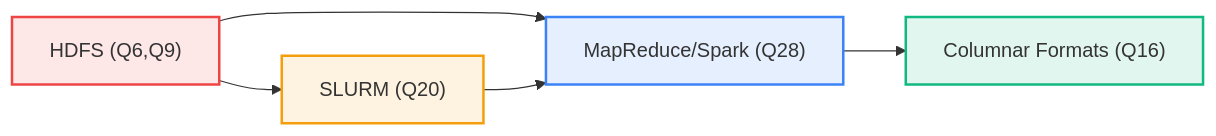
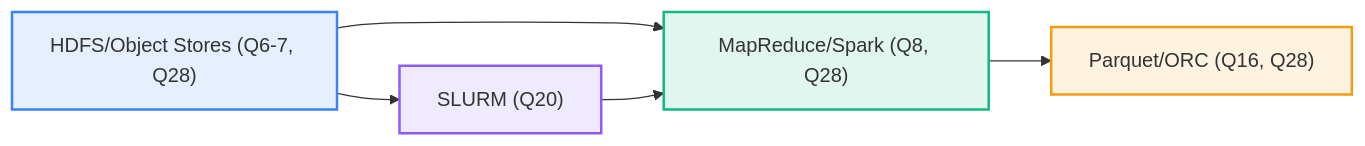
Before and after one commit to MadeInShineA/hei-course-summaries: the fifth of 5 diagrams in 302.1-data-computation/summaries/spark.md, drawn with Mermaid. The commit also changed other lines of this file and 1 other file, not shown here.

Commit message:
Updated spark.md to a more consize summary

````diff
--- a/302.1-data-computation/summaries/spark.md
+++ b/302.1-data-computation/summaries/spark.md
@@ -456,11 +285,10 @@
 ```mermaid
 graph LR
-    Storage["HDFS (Q6,Q9)"] --> Compute["MapReduce/Spark (Q28)"]
-    Compute --> Formats["Columnar Formats (Q16)"]
+    Storage["HDFS/Object Stores (Q6-7, Q28)"] --> Compute["MapReduce/Spark (Q8, Q28)"]
+    Compute --> Formats["Parquet/ORC (Q16, Q28)"]
     Storage --> SLURM["SLURM (Q20)"] --> Compute
-
-    style Storage fill:#ef444420,stroke:#ef4444,stroke-width:2px
-    style Compute fill:#3b82f620,stroke:#3b82f6,stroke-width:2px
-    style Formats fill:#10b98120,stroke:#10b981,stroke-width:2px
-    style SLURM fill:#f59e0b20,stroke:#f59e0b,stroke-width:2px
+    style Storage fill:#3b82f620,stroke:#3b82f6,stroke-width:2px
+    style Compute fill:#10b98120,stroke:#10b981,stroke-width:2px
+    style Formats fill:#f59e0b20,stroke:#f59e0b,stroke-width:2px
+    style SLURM fill:#8b5cf620,stroke:#8b5cf6,stroke-width:2px
 ```
````
